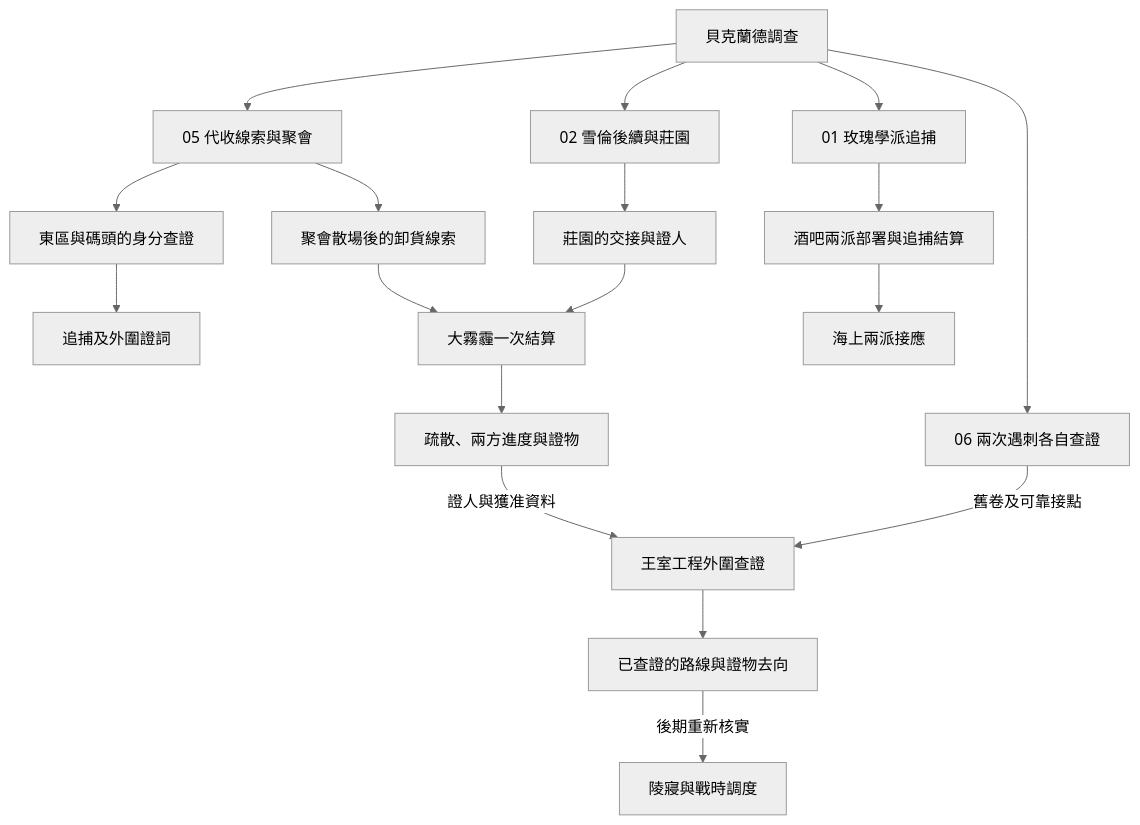
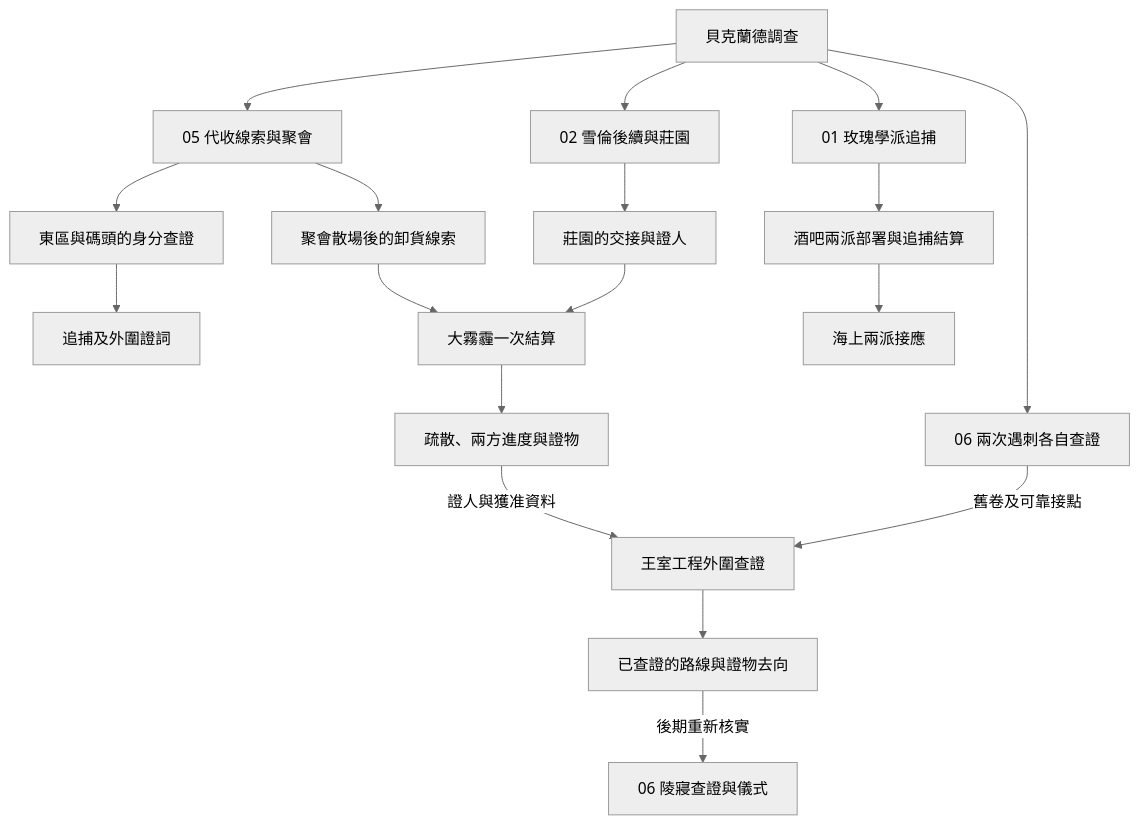
One commit to dragon961204-cmd/- changed the third of 7 diagrams in game/events/part_one_story_tree.md. Above: the diagram before and after it, drawn with Mermaid (neutral theme). The commit also changed other lines of this file, not shown here.

````diff
--- a/game/events/part_one_story_tree.md
+++ b/game/events/part_one_story_tree.md
@@ -49,20 +49,20 @@
 ```mermaid
 flowchart TD
     A["貝克蘭德調查"] --> B["02 雪倫後續與莊園"]
     A --> C["05 代收線索與聚會"]
     A --> D["01 玫瑰學派追捕"]
     A --> N["06 兩次遇刺各自查證"]
     N -->|"舊卷及可靠接點"| E["王室工程外圍查證"]
     C --> I["東區與碼頭的身分查證"]
     I --> J["追捕及外圍證詞"]
     B --> L["莊園的交接與證人"]
     C --> M["聚會散場後的卸貨線索"]
     L --> F["大霧霾一次結算"]
     M --> F
     F --> P["疏散、兩方進度與證物"]
     P -->|"證人與獲准資料"| E
     D --> K["酒吧兩派部署與追捕結算"]
     K --> G["海上兩派接應"]
     E --> Q["已查證的路線與證物去向"]
-    Q -->|"後期重新核實"| H["陵寢與戰時調度"]
+    Q -->|"後期重新核實"| H["06 陵寢查證與儀式"]
 ```
````
